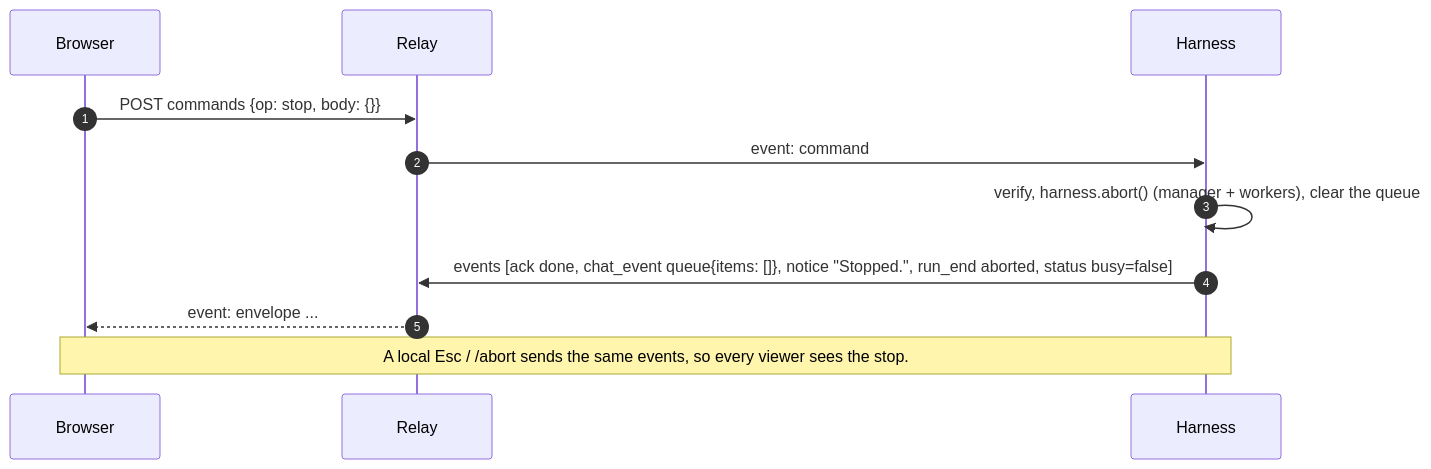
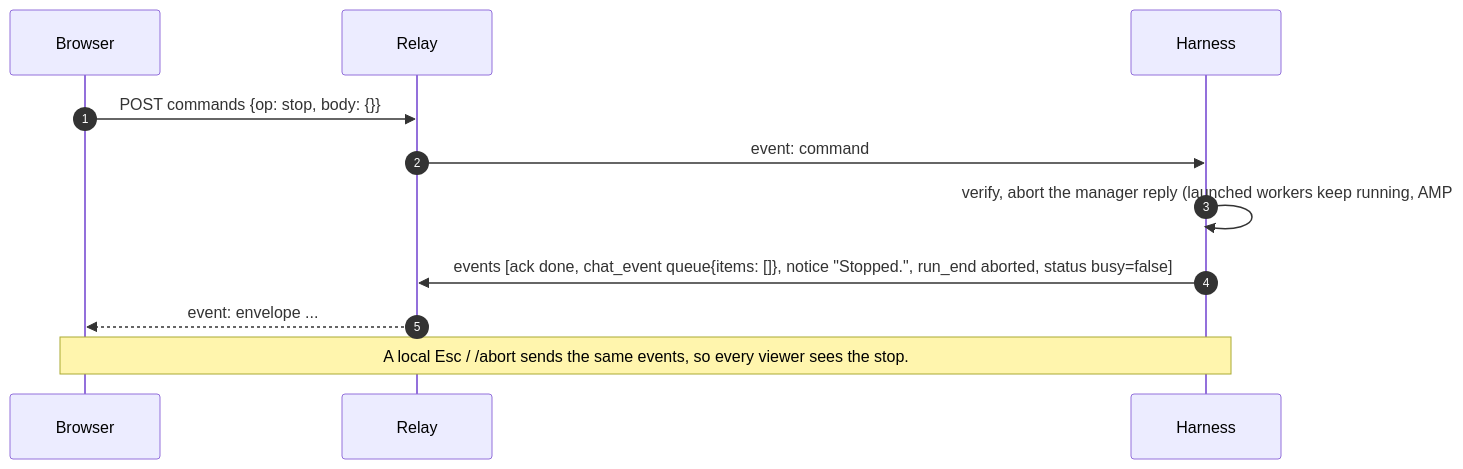
Before and after one commit to jacobsims214/amp: the fifth of 7 diagrams in v2/docs/remote-control/protocol.md, drawn with Mermaid.

Commit message:
docs(remote-control): stop aborts the manager reply, launched workers keep running (AMP #2899)
The protocol.md 14.4 stop sequence said harness.abort() stopped the
manager and its workers. In Launch mode (#2858) a stop ends only the
manager reply and clears the queue. Launched workers keep running.

Claude-Session: https://claude.ai/code/session_01N6jaGqDGYyxBUf3DLz6Y4q

````diff
--- a/v2/docs/remote-control/protocol.md
+++ b/v2/docs/remote-control/protocol.md
@@ -1417,13 +1417,13 @@
 ```mermaid
 sequenceDiagram
   autonumber
   participant B as Browser
   participant R as Relay
   participant H as Harness
   B->>R: POST commands {op: stop, body: {}}
   R->>H: event: command
-  H->>H: verify, harness.abort() (manager + workers), clear the queue
+  H->>H: verify, abort the manager reply (launched workers keep running, AMP #2858), clear the queue
   H->>R: events [ack done, chat_event queue{items: []}, notice "Stopped.", run_end aborted, status busy=false]
   R-->>B: event: envelope ...
   Note over B,H: A local Esc / /abort sends the same events, so every viewer sees the stop.
 ```
````
